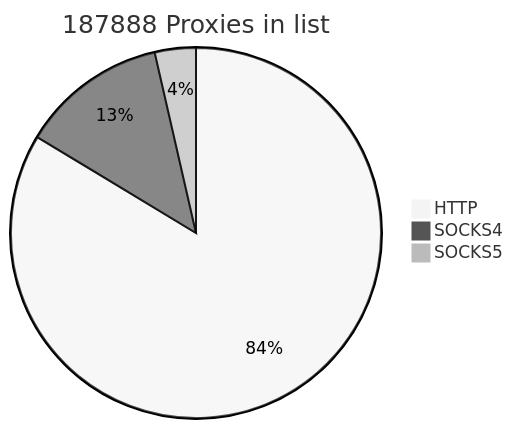
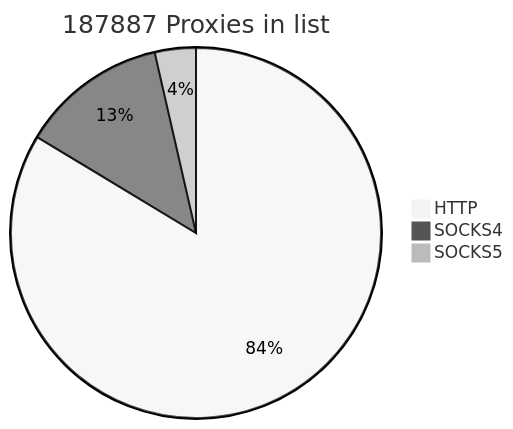
The first of 2 diagrams in README.md (cutipu/proxylist), drawn with Mermaid (neutral theme) before and after one commit.

````diff
--- a/README.md
+++ b/README.md
@@ -2,7 +2,7 @@
 ```mermaid
-pie title 187888 Proxies in list
+pie title 187887 Proxies in list
     "HTTP" : 157172
     "SOCKS4" : 23987
-    "SOCKS5" : 6729
+    "SOCKS5" : 6728
             
 ```
````
